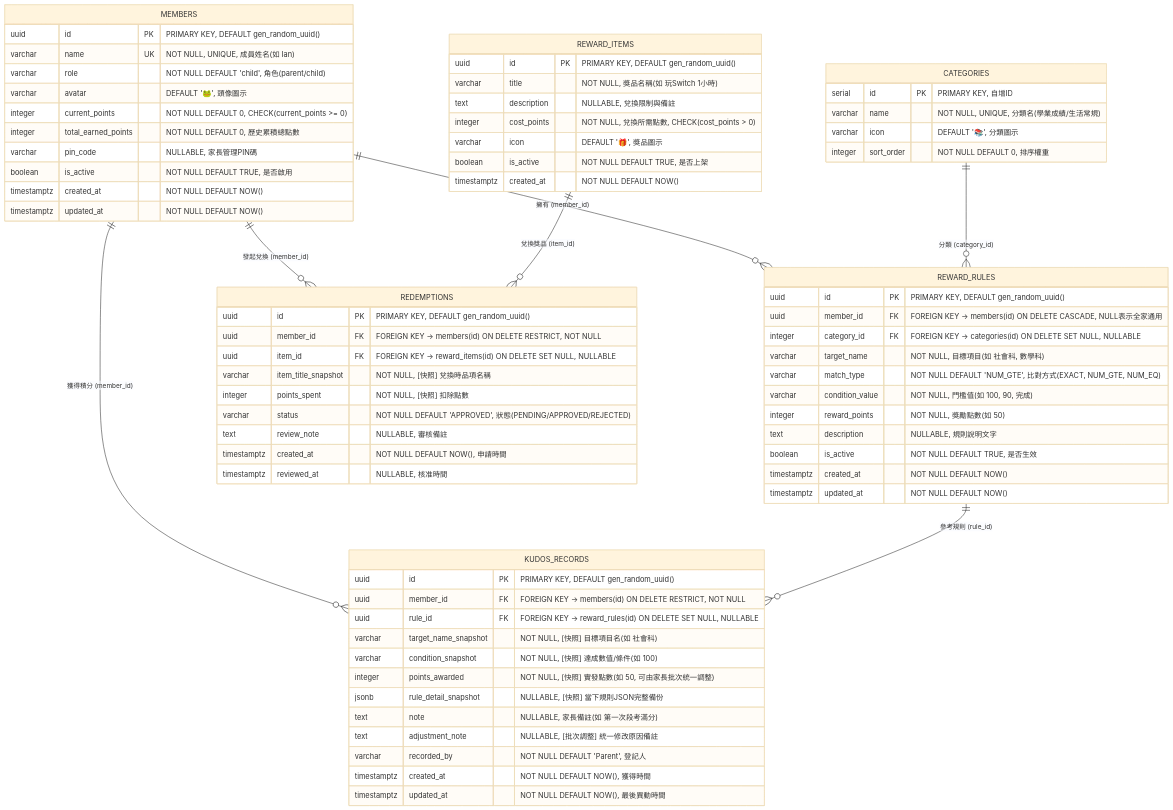
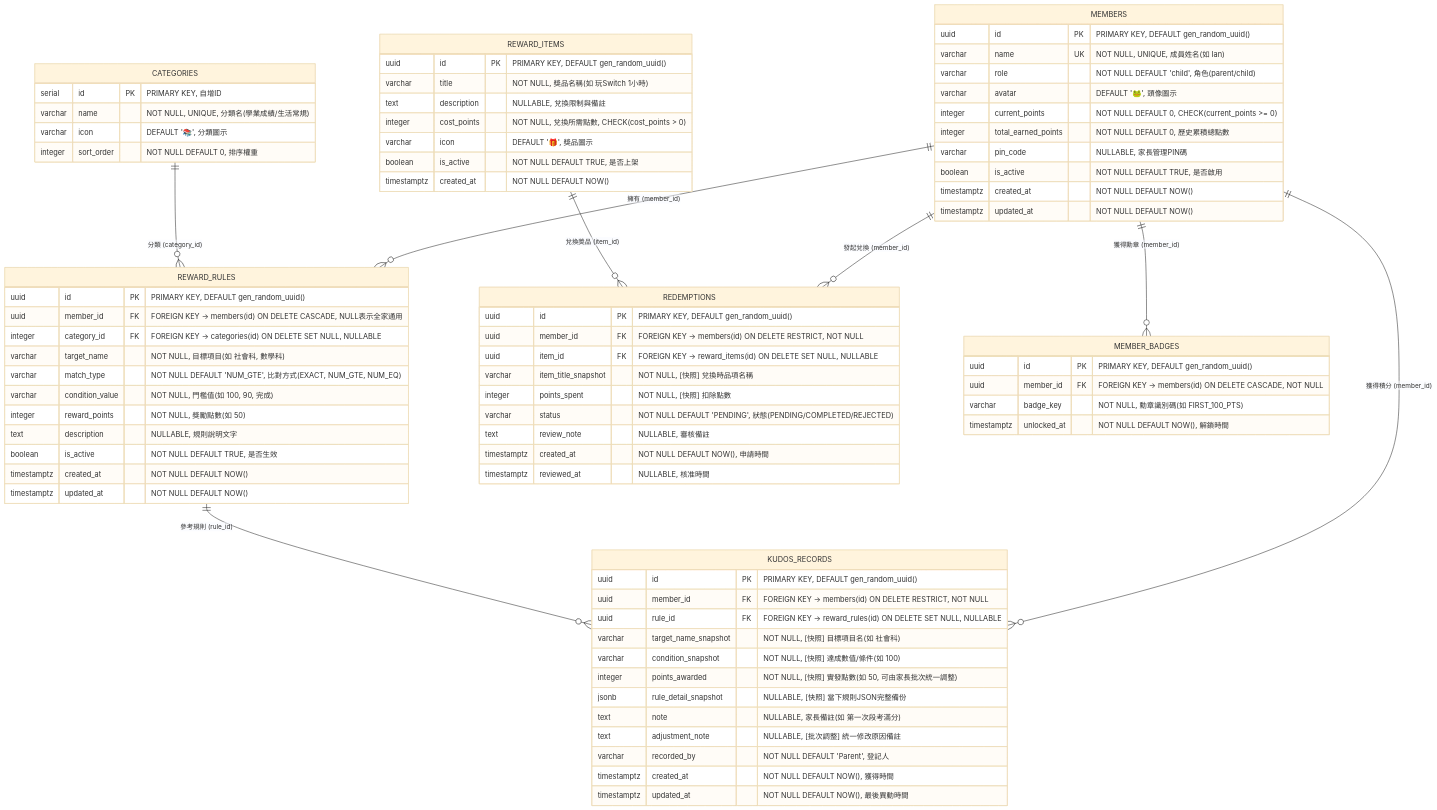
One commit to chinsonyeh/frog_kudos changed the first of 3 diagrams in DESIGN.md. Above: the diagram before and after it, drawn with Mermaid (base theme). The commit also changed other lines of this file and 1 other file, not shown here.

Commit message:
feat(docs): add FR-18 Milestone Badges and FR-19 LINE Push Notification

````diff
--- a/DESIGN.md
+++ b/DESIGN.md
@@ -67,6 +67,7 @@
     REWARD_RULES ||--o{ KUDOS_RECORDS : "參考規則 (rule_id)"
     MEMBERS ||--o{ REDEMPTIONS : "發起兌換 (member_id)"
     REWARD_ITEMS ||--o{ REDEMPTIONS : "兌換獎品 (item_id)"
+    MEMBERS ||--o{ MEMBER_BADGES : "獲得勳章 (member_id)"
 
     MEMBERS {
         uuid id PK "PRIMARY KEY, DEFAULT gen_random_uuid()"
@@ -133,9 +134,16 @@
         uuid item_id FK "FOREIGN KEY -> reward_items(id) ON DELETE SET NULL, NULLABLE"
         varchar item_title_snapshot "NOT NULL, [快照] 兌換時品項名稱"
         integer points_spent "NOT NULL, [快照] 扣除點數"
-        varchar status "NOT NULL DEFAULT 'APPROVED', 狀態(PENDING/APPROVED/REJECTED)"
+        varchar status "NOT NULL DEFAULT 'PENDING', 狀態(PENDING/COMPLETED/REJECTED)"
         text review_note "NULLABLE, 審核備註"
         timestamptz created_at "NOT NULL DEFAULT NOW(), 申請時間"
         timestamptz reviewed_at "NULLABLE, 核准時間"
     }
+
+    MEMBER_BADGES {
+        uuid id PK "PRIMARY KEY, DEFAULT gen_random_uuid()"
+        uuid member_id FK "FOREIGN KEY -> members(id) ON DELETE CASCADE, NOT NULL"
+        varchar badge_key "NOT NULL, 勳章識別碼(如 FIRST_100_PTS)"
+        timestamptz unlocked_at "NOT NULL DEFAULT NOW(), 解鎖時間"
+    }
 ```
````
